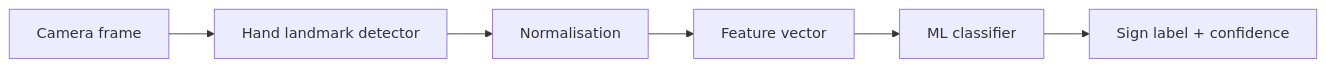
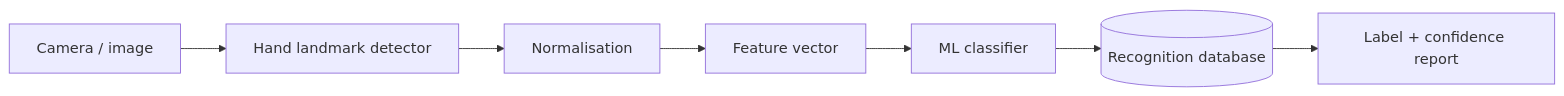
The diagram in README.md (rsswethaa/hand-sign-recognition), drawn with Mermaid before and after one commit. The commit also changed other lines of this file and 12 other files, not shown here.

````diff
--- a/README.md
+++ b/README.md
@@ -14,8 +17,9 @@
 ```mermaid
 flowchart LR
-  C[Camera frame] --> H[Hand landmark detector]
+  C[Camera / image] --> H[Hand landmark detector]
   H --> N[Normalisation]
   N --> V[Feature vector]
   V --> M[ML classifier]
-  M --> L[Sign label + confidence]
+  M --> DB[(Recognition database)]
+  DB --> R[Label + confidence report]
 ```
````
